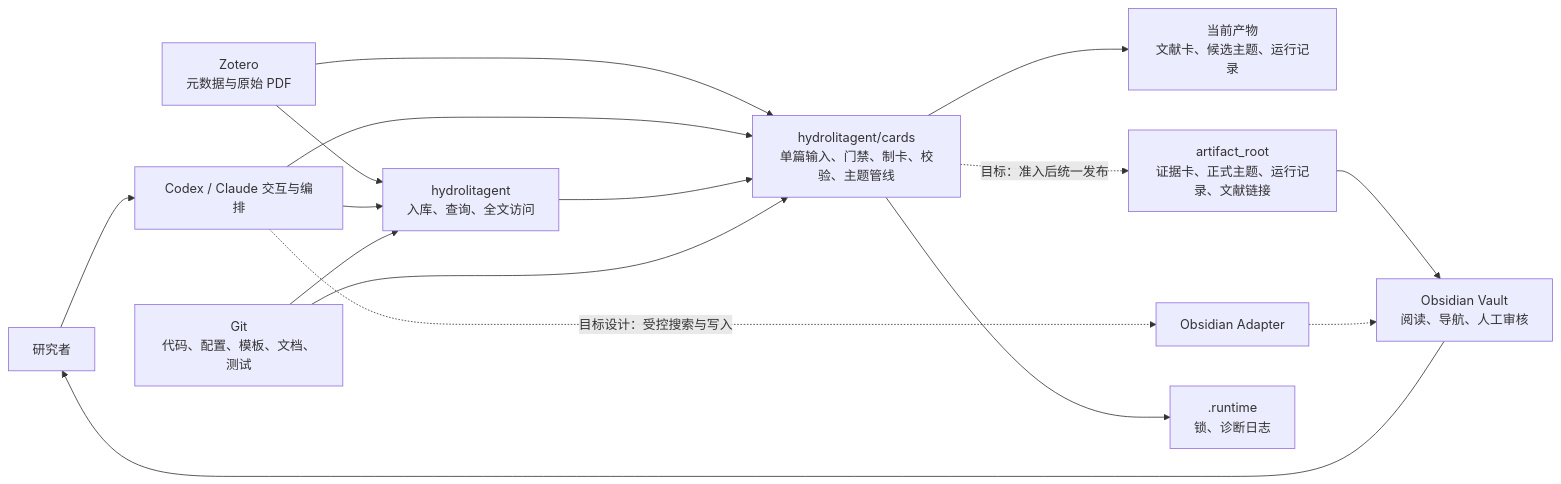
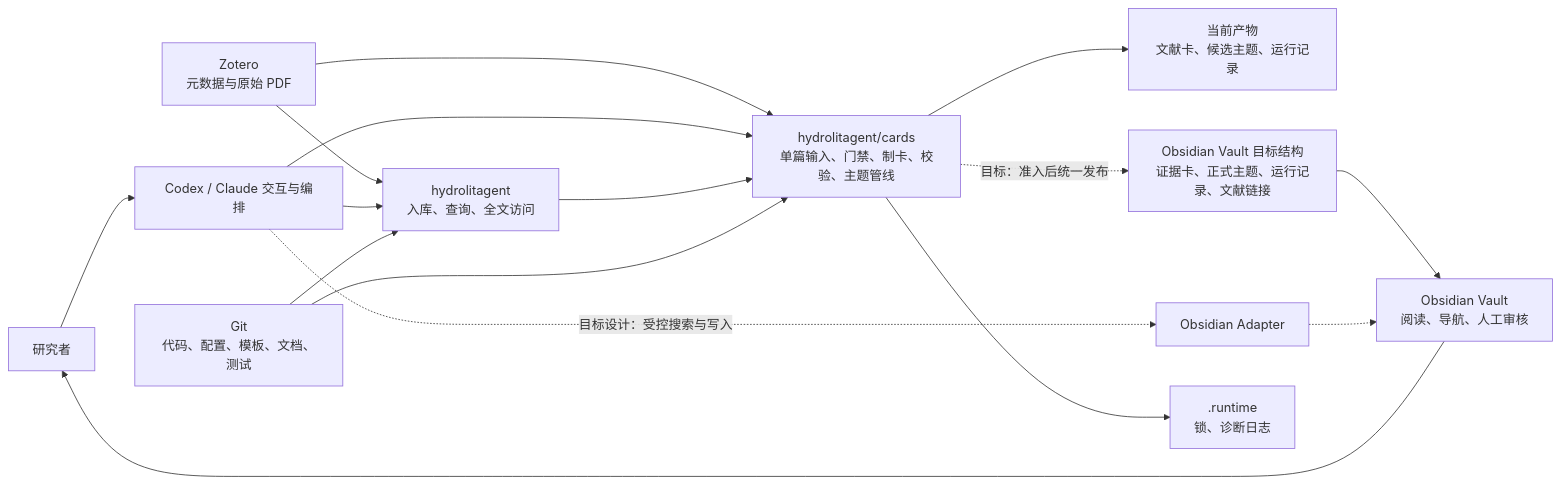
One commit to iHeadWater/mylibrary changed the first of 3 diagrams in docs/development/platform/project-design.md. Above: the diagram before and after it, drawn with Mermaid. The commit also changed other lines of this file and 14 other files, not shown here.

````diff
--- a/docs/development/platform/project-design.md
+++ b/docs/development/platform/project-design.md
@@ -14,18 +14,18 @@
 ```mermaid
 flowchart LR
     U[研究者] --> C[Codex / Claude 交互与编排]
     Z[Zotero<br/>元数据与原始 PDF] --> H[hydrolitagent<br/>入库、查询、全文访问]
     Z --> P[hydrolitagent/cards<br/>单篇输入、门禁、制卡、校验、主题管线]
     C --> H
     C --> P
     H --> P
     P --> A[当前产物<br/>文献卡、候选主题、运行记录]
-    P -. 目标：准入后统一发布 .-> V[artifact_root<br/>证据卡、正式主题、运行记录、文献链接]
+    P -. 目标：准入后统一发布 .-> V[Obsidian Vault 目标结构<br/>证据卡、正式主题、运行记录、文献链接]
     V --> O[Obsidian Vault<br/>阅读、导航、人工审核]
     O --> U
     C -. 目标设计：受控搜索与写入 .-> OA[Obsidian Adapter]
     OA -.-> O
     P --> R[.runtime<br/>锁、诊断日志]
     G[Git<br/>代码、配置、模板、文档、测试] --> H
     G --> P
 ```
````
